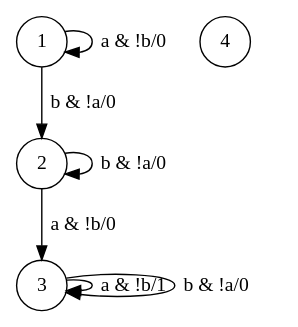
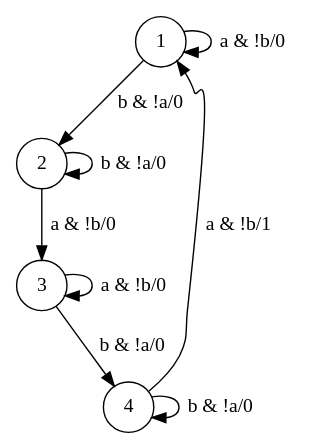
The diagram in first_snippets/data/fsm4_expected.dot (Seyte/stageS8), drawn with Graphviz before and after one commit. The commit also changed 1 other file, not shown here.

```diff
--- a/first_snippets/data/fsm4_expected.dot
+++ b/first_snippets/data/fsm4_expected.dot
@@ -1,18 +1,22 @@
 digraph fsm{
 	s_0 [label="1" shape="circle"]
 	s_1 [label="2" shape="circle"]
 	s_2 [label="3" shape="circle"]
 	s_3 [label="4" shape="circle"]
 	
     s_0 -> s_0[label="a & !b/0", myattribute="t_2"]
 
 	s_0 -> s_1[label="b & !a/0", myattribute="t_1"]
 
 	s_1 -> s_2[label="a & !b/0", myattribute="t_3"]
 
 	s_1 -> s_1[label="b & !a/0", myattribute="t_4"]
 
-	s_2 -> s_2[label="a & !b/1", myattribute="t_7"]
+	s_2 -> s_2[label="a & !b/0", myattribute="t_8"]
 
-	s_2 -> s_2[label="b & !a/0", myattribute="t_6"]
+	s_2 -> s_3[label="b & !a/0", myattribute="t_5"]
+
+	s_3 -> s_3[label="b & !a/0", myattribute="t_11"]
+
+	s_3 -> s_0[label="a & !b/1", myattribute="t_9"]
 }
```
